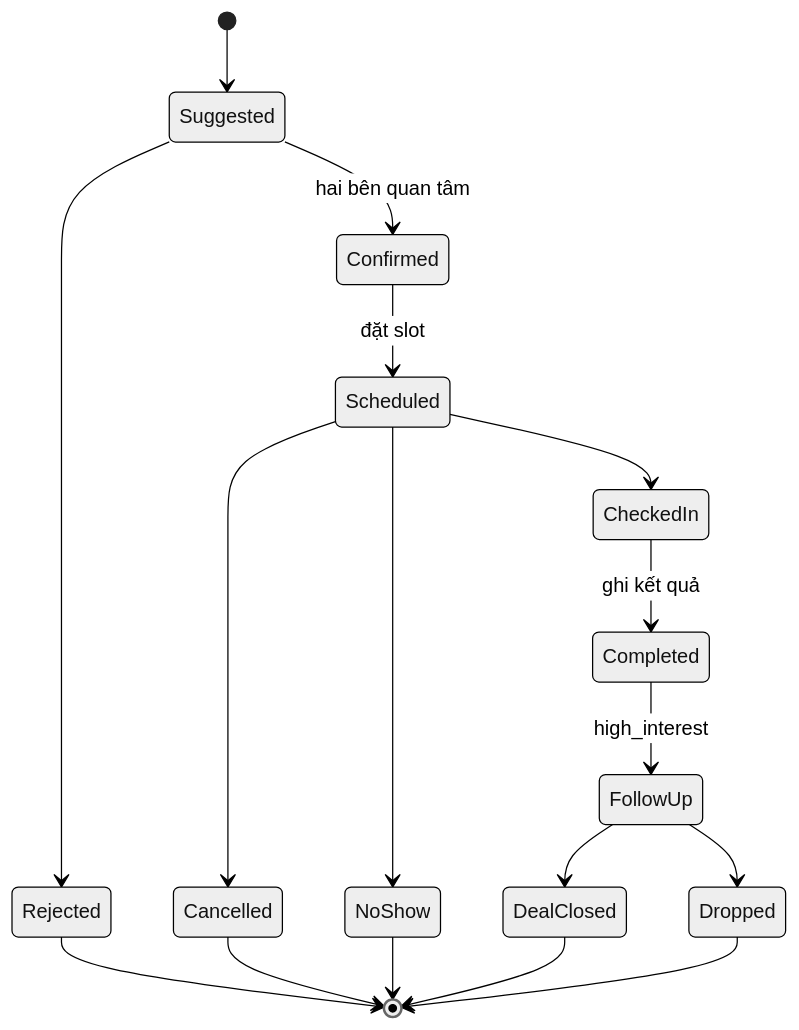
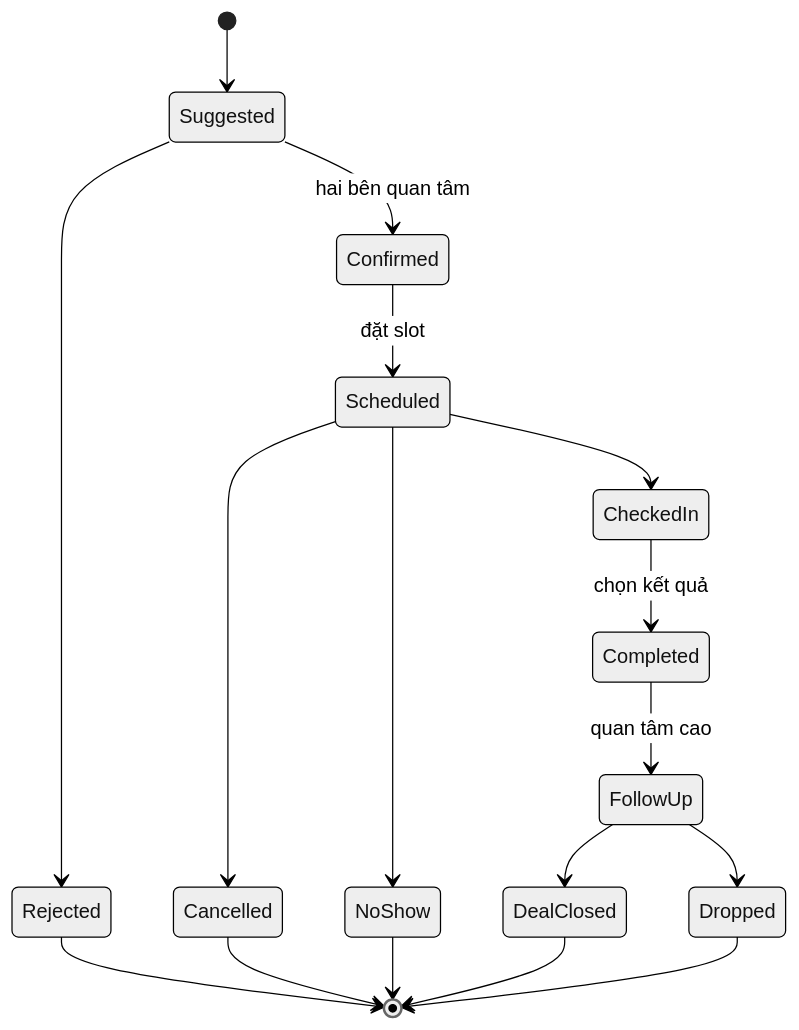
One commit to Trung1234/davas-matching changed the ninth of 11 diagrams in README.md. Above: the diagram before and after it, drawn with Mermaid (neutral theme). The commit also changed other lines of this file, not shown here.

````diff
--- a/README.md
+++ b/README.md
@@ -466,19 +545,19 @@
 ```mermaid
 stateDiagram-v2
     [*] --> Suggested
     Suggested --> Confirmed: hai bên quan tâm
     Suggested --> Rejected
     Confirmed --> Scheduled: đặt slot
     Scheduled --> CheckedIn
     Scheduled --> Cancelled
     Scheduled --> NoShow
-    CheckedIn --> Completed: ghi kết quả
-    Completed --> FollowUp: high_interest
+    CheckedIn --> Completed: chọn kết quả
+    Completed --> FollowUp: quan tâm cao
     FollowUp --> DealClosed
     FollowUp --> Dropped
     Rejected --> [*]
     Cancelled --> [*]
     NoShow --> [*]
     DealClosed --> [*]
     Dropped --> [*]
 ```
````
